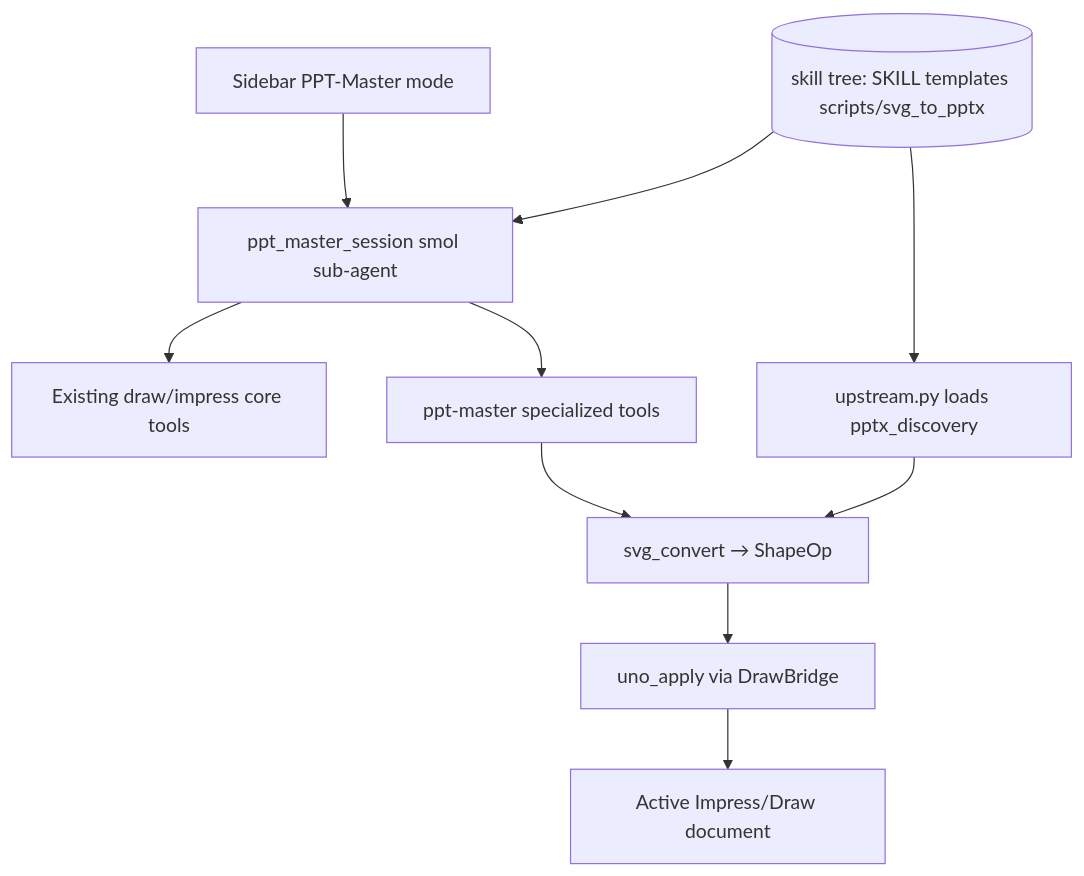
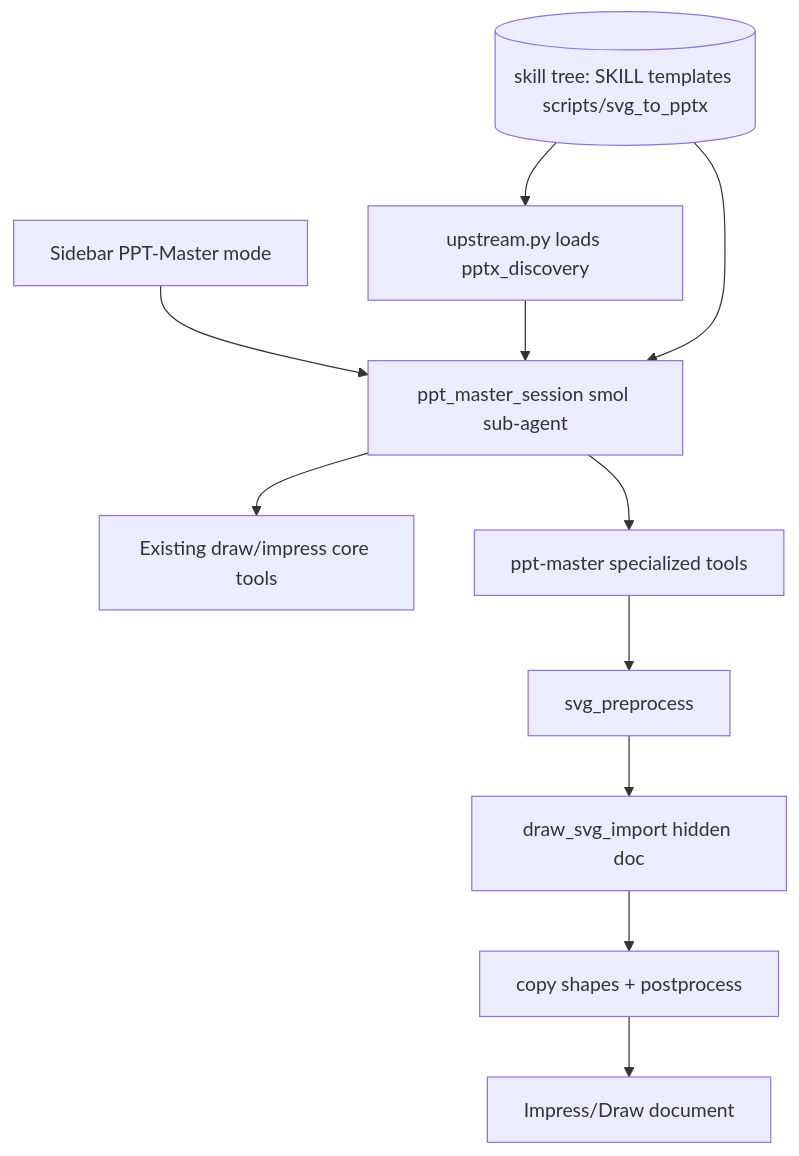
One commit to KeithCu/writeragent changed the diagram in docs/ppt-master-integration-plan.md. Above: the diagram before and after it, drawn with Mermaid. The commit also changed other lines of this file and 22 other files, not shown here.

````diff
--- a/docs/ppt-master-integration-plan.md
+++ b/docs/ppt-master-integration-plan.md
@@ -64,12 +65,13 @@
 ```mermaid
 flowchart TB
   UI[Sidebar PPT-Master mode] --> Session[ppt_master_session smol sub-agent]
   Session --> DrawTools[Existing draw/impress core tools]
   Session --> PmTools[ppt-master specialized tools]
-  PmTools --> HostSVG[svg_convert → ShapeOp]
-  HostSVG --> UNO[uno_apply via DrawBridge]
-  UNO --> Doc[Active Impress/Draw document]
+  PmTools --> Pre[svg_preprocess]
+  Pre --> HostSVG[draw_svg_import hidden doc]
+  HostSVG --> Copy[copy shapes + postprocess]
+  Copy --> UNO[Impress/Draw document]
   Data[(skill tree: SKILL templates scripts/svg_to_pptx)] --> Upstream[upstream.py loads pptx_discovery]
-  Upstream --> HostSVG
+  Upstream --> Session
   Data --> Session
 ```
````
